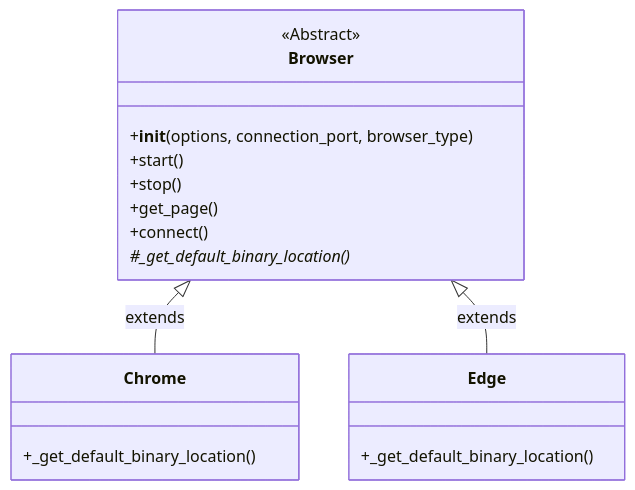
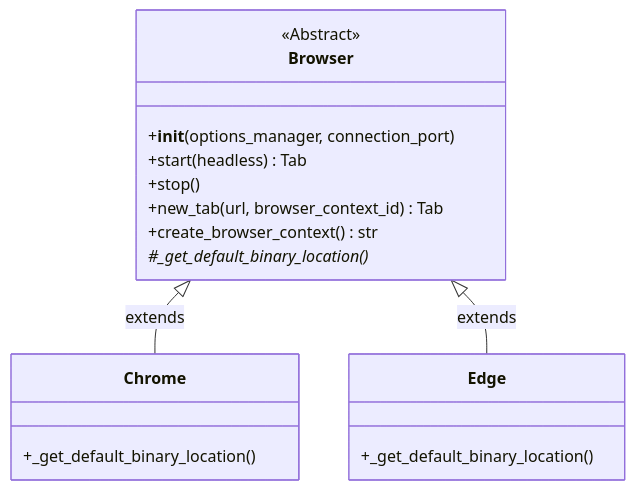
One commit to yie1d/pydoll changed the second of 3 diagrams in docs/deep-dive/browser-domain.md. Above: the diagram before and after it, drawn with Mermaid. The commit also changed other lines of this file and 38 other files, not shown here.

````diff
--- a/docs/deep-dive/browser-domain.md
+++ b/docs/deep-dive/browser-domain.md
@@ -98,23 +97,23 @@
 ```mermaid
 classDiagram
     class Browser {
         <<Abstract>>
-        +__init__(options, connection_port, browser_type)
-        +start()
+        +__init__(options_manager, connection_port)
+        +start(headless) Tab
         +stop()
-        +get_page()
-        +connect()
+        +new_tab(url, browser_context_id) Tab
+        +create_browser_context() str
         #_get_default_binary_location()*
     }
     
     class Chrome {
         +_get_default_binary_location()
     }
     
     class Edge {
         +_get_default_binary_location()
     }
     
     Browser <|-- Chrome : extends
     Browser <|-- Edge : extends
 ```
````
